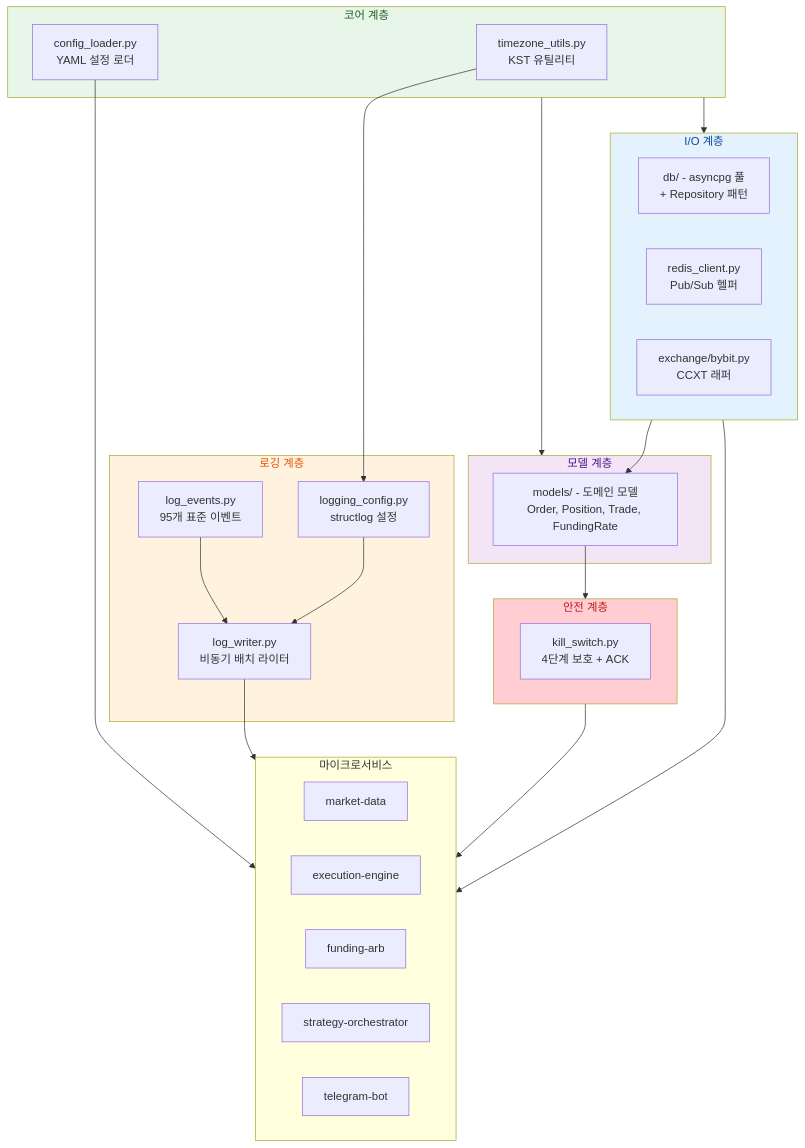
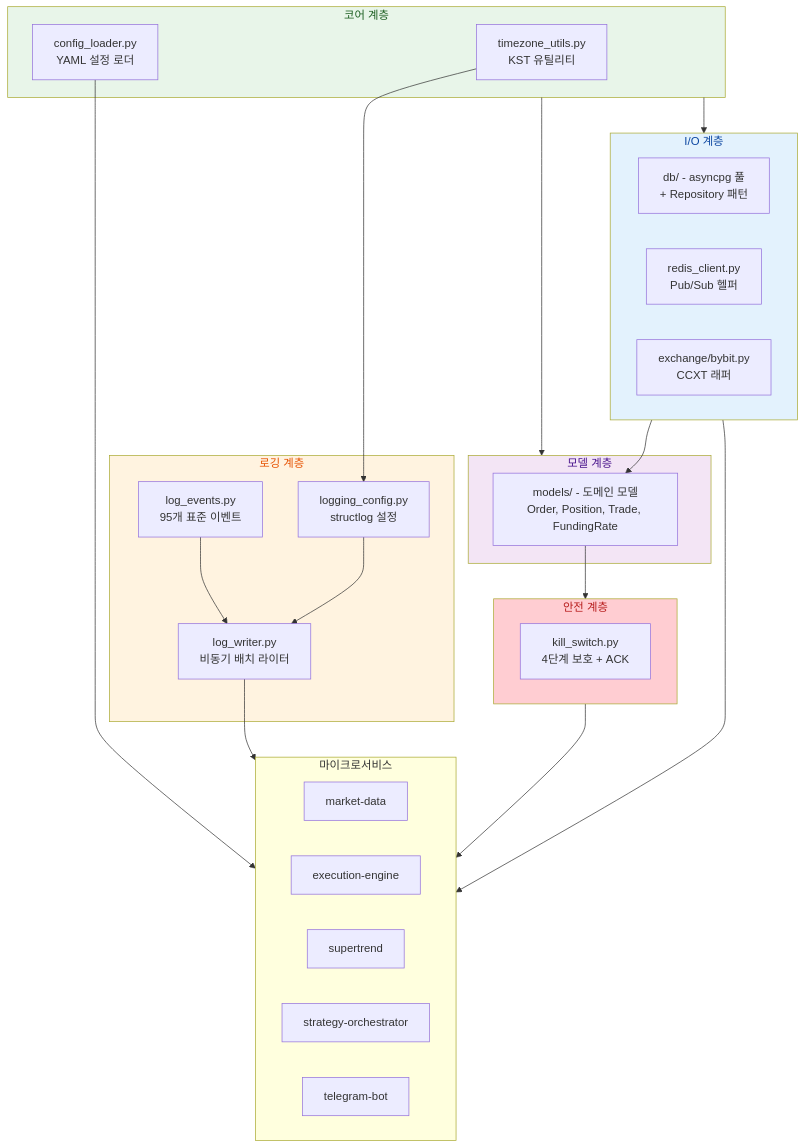
Before and after one commit to Justant-source/Bit-Mania: the third of 3 diagrams in docs/structure/shared-libraries.md, drawn with Mermaid. The commit also changed other lines of this file and 34 other files, not shown here.

````diff
--- a/docs/structure/shared-libraries.md
+++ b/docs/structure/shared-libraries.md
@@ -1008,53 +1008,53 @@
 ```mermaid
 graph TD
     subgraph core["코어 계층"]
         TZ["timezone_utils.py\nKST 유틸리티"]
         CF["config_loader.py\nYAML 설정 로더"]
     end
 
     subgraph io["I/O 계층"]
         DB["db/ - asyncpg 풀\n+ Repository 패턴"]
         RD["redis_client.py\nPub/Sub 헬퍼"]
         EX["exchange/bybit.py\nCCXT 래퍼"]
     end
 
     subgraph model["모델 계층"]
         MDL["models/ - 도메인 모델\nOrder, Position, Trade, FundingRate"]
     end
 
     subgraph safety["안전 계층"]
         KS["kill_switch.py\n4단계 보호 + ACK"]
     end
 
     subgraph logging["로깅 계층"]
         LGC["logging_config.py\nstructlog 설정"]
         LGW["log_writer.py\n비동기 배치 라이터"]
         LGE["log_events.py\n95개 표준 이벤트"]
     end
 
     subgraph services["마이크로서비스"]
         MD["market-data"]
         ENG["execution-engine"]
-        FA["funding-arb"]
+        ST["supertrend"]
         ORC["strategy-orchestrator"]
         TG["telegram-bot"]
     end
 
     core --> io
     core --> model
     io --> MDL
     MDL --> safety
     TZ --> LGC
     CF --> services
     LGE --> LGW
     LGC --> LGW
     LGW --> services
     safety --> services
     io --> services
 
     style core fill:#e8f5e9,color:#1b5e20
     style io fill:#e3f2fd,color:#0d47a1
     style model fill:#f3e5f5,color:#4a148c
     style safety fill:#ffcdd2,color:#b71c1c
     style logging fill:#fff3e0,color:#e65100
 ```
````
